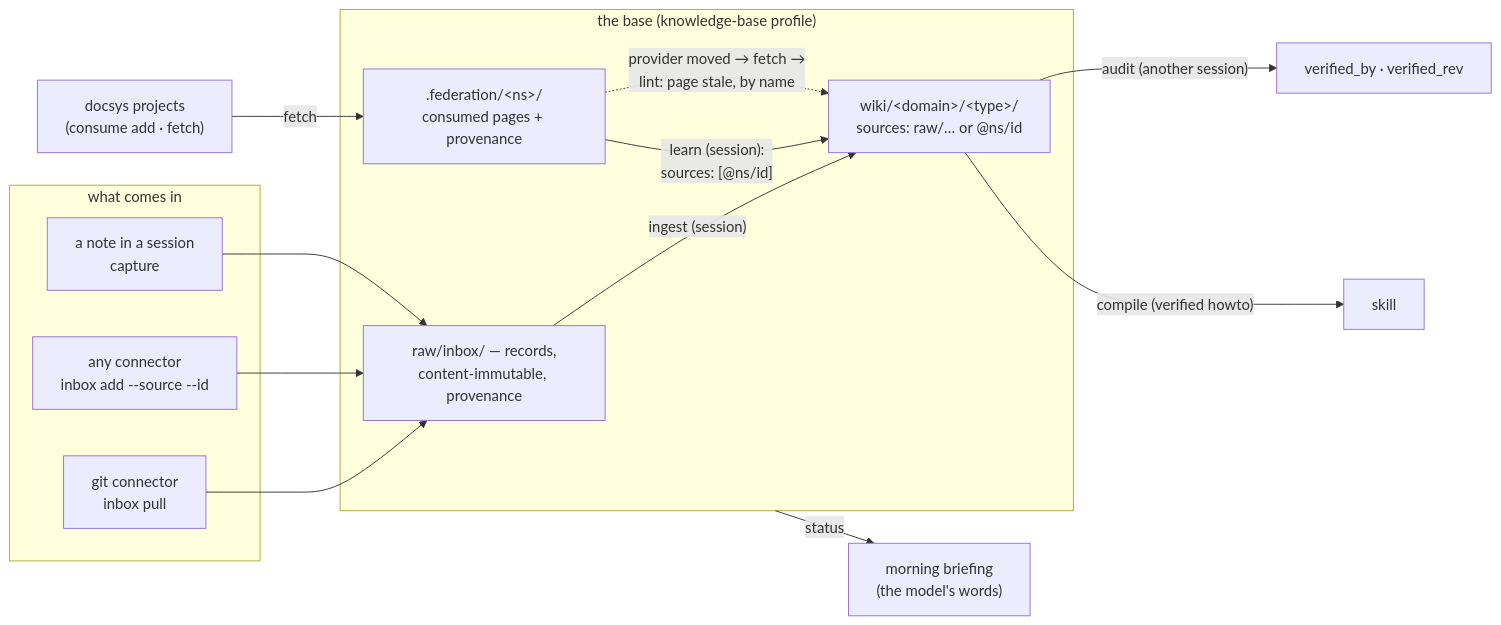
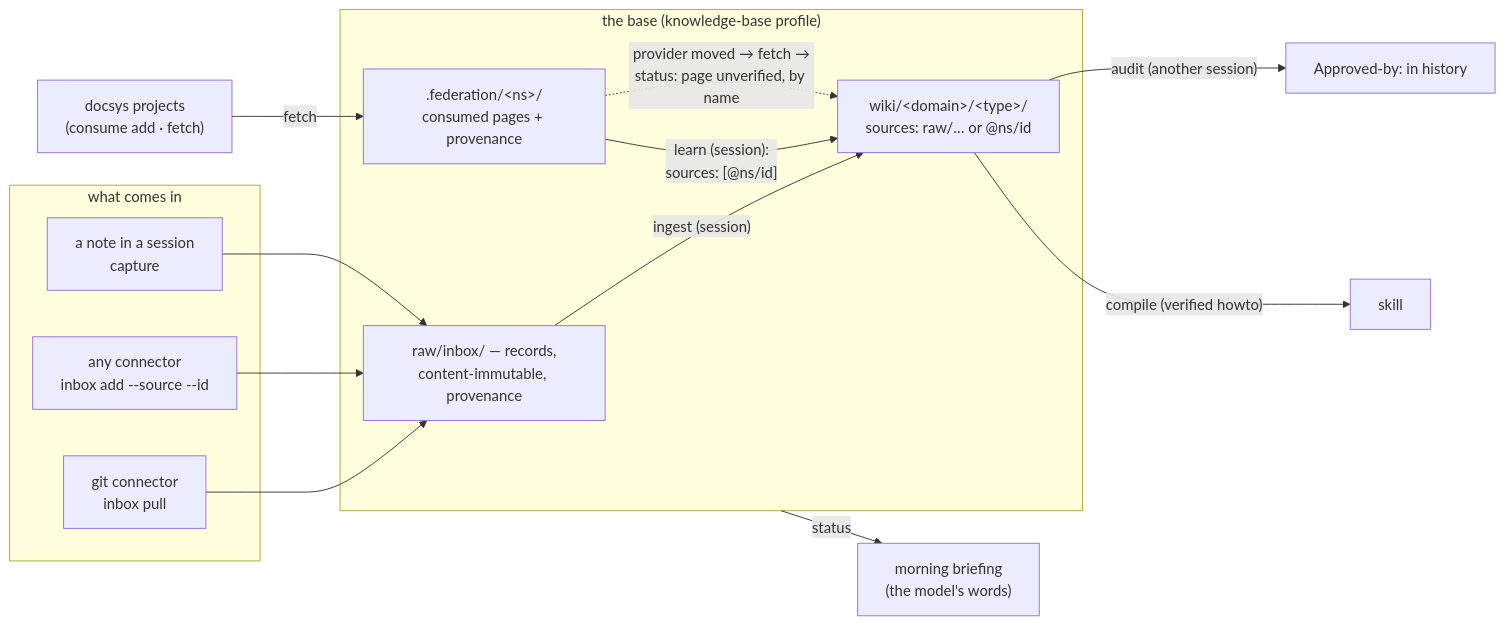
Before and after one commit to FatihErtugral/docsys: the seventh of 7 diagrams in README.md, drawn with Mermaid. The commit also changed other lines of this file and 10 other files, not shown here.

Commit message:
the approval job adds Approved-by to the pull request's description, and the agent text speaks of approvals in history (D-126)

````diff
--- a/README.md
+++ b/README.md
@@ -373,22 +361,22 @@
 ```mermaid
 flowchart LR
     subgraph IN["what comes in"]
         GIT["git connector<br/>inbox pull"]
         CONN["any connector<br/>inbox add --source --id"]
         NOTE["a note in a session<br/>capture"]
     end
     subgraph BASE["the base (knowledge-base profile)"]
         RAW["raw/inbox/ — records,<br/>content-immutable, provenance"]
         WIKI["wiki/&lt;domain&gt;/&lt;type&gt;/<br/>sources: raw/… or @ns/id"]
         FED[".federation/&lt;ns&gt;/<br/>consumed pages + provenance"]
     end
     PROJ["docsys projects<br/>(consume add · fetch)"]
     GIT & CONN & NOTE --> RAW
     RAW -- "ingest (session)" --> WIKI
     PROJ -- "fetch" --> FED
     FED -- "learn (session):<br/>sources: [@ns/id]" --> WIKI
-    WIKI -- "audit (another session)" --> VER["verified_by · verified_rev"]
-    FED -. "provider moved → fetch →<br/>lint: page stale, by name" .-> WIKI
+    WIKI -- "audit (another session)" --> VER["Approved-by: in history"]
+    FED -. "provider moved → fetch →<br/>status: page unverified, by name" .-> WIKI
     WIKI -- "compile (verified howto)" --> SKILL["skill"]
     BASE -- "status" --> BRIEF["morning briefing<br/>(the model's words)"]
 ```
````
